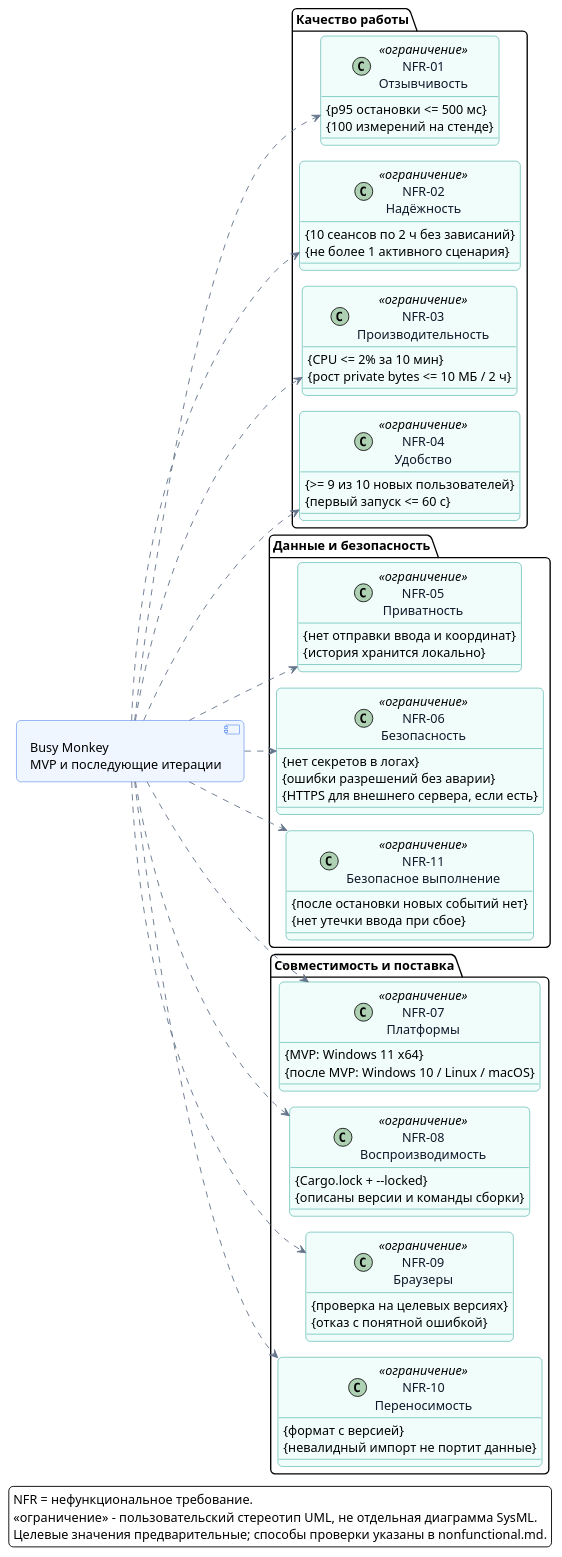
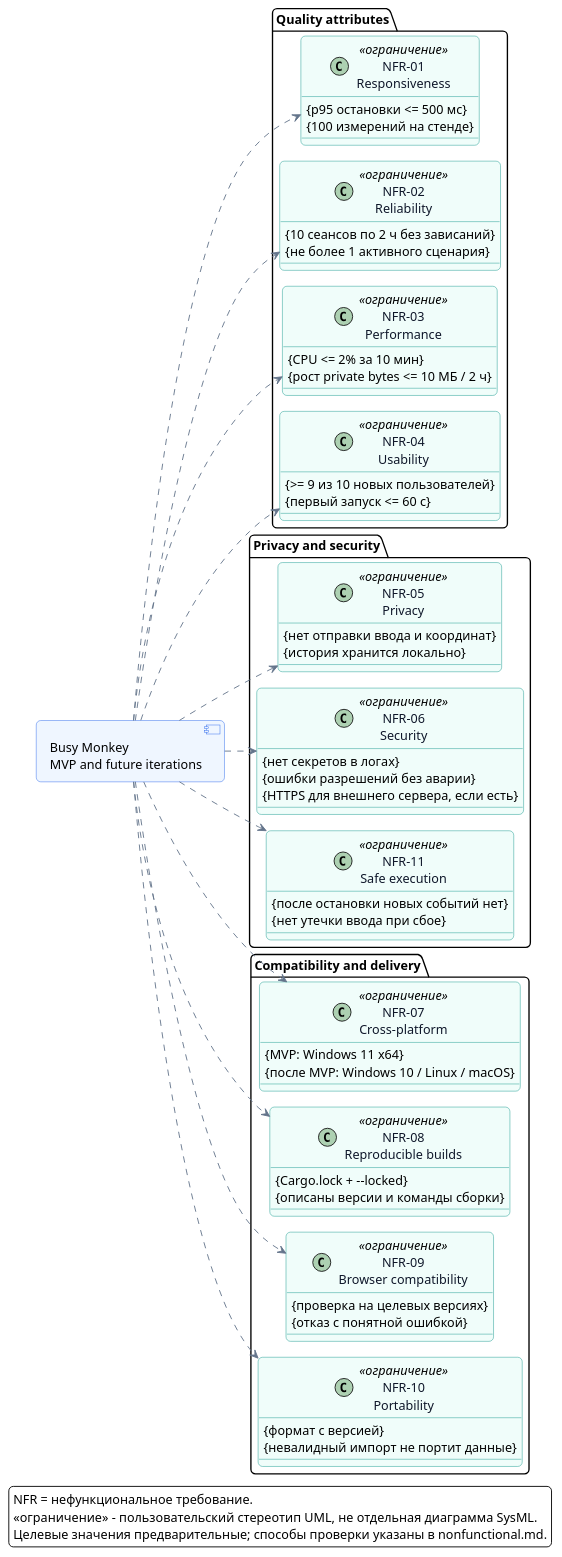
One commit to sovesti/busymonkey changed the diagram in diagrams/raw diagrams/nonfunctional.puml. Above: the diagram before and after it, drawn with PlantUML. The commit also changed 6 other files, not shown here.

First line of the commit message:
small changes to diagrams folder

```diff
--- a/diagrams/raw diagrams/nonfunctional.puml
+++ b/diagrams/raw diagrams/nonfunctional.puml
@@ -1,97 +1,97 @@
 @startuml nonfunctional
 allowmixing
 !pragma layout smetana
 left to right direction
 skinparam defaultFontName Arial
 skinparam defaultFontSize 14
 skinparam backgroundColor #FFFFFF
 skinparam shadowing false
 skinparam roundcorner 10
 skinparam ArrowColor #64748B
 skinparam classAttributeIconSize 0
 skinparam nodesep 30
 skinparam ranksep 40
 skinparam class {
   BackgroundColor #F0FDFA
   BorderColor #0D9488
   FontColor #0F172A
 }
 skinparam component {
   BackgroundColor #EFF6FF
   BorderColor #2563EB
 }
 
-component "Busy Monkey\nMVP и последующие итерации" as Product
+component "Busy Monkey\nMVP and future iterations" as Product
 
-package "Качество работы" {
-  class "NFR-01\nОтзывчивость" as N01 <<ограничение>> {
+package "Quality attributes" {
+  class "NFR-01\nResponsiveness" as N01 <<ограничение>> {
     {p95 остановки <= 500 мс}
     {100 измерений на стенде}
   }
-  class "NFR-02\nНадёжность" as N02 <<ограничение>> {
+  class "NFR-02\nReliability" as N02 <<ограничение>> {
     {10 сеансов по 2 ч без зависаний}
     {не более 1 активного сценария}
   }
-  class "NFR-03\nПроизводительность" as N03 <<ограничение>> {
+  class "NFR-03\nPerformance" as N03 <<ограничение>> {
     {CPU <= 2% за 10 мин}
     {рост private bytes <= 10 МБ / 2 ч}
   }
-  class "NFR-04\nУдобство" as N04 <<ограничение>> {
+  class "NFR-04\nUsability" as N04 <<ограничение>> {
     {>= 9 из 10 новых пользователей}
     {первый запуск <= 60 с}
   }
 }
 
-package "Данные и безопасность" {
-  class "NFR-05\nПриватность" as N05 <<ограничение>> {
+package "Privacy and security" {
+  class "NFR-05\nPrivacy" as N05 <<ограничение>> {
     {нет отправки ввода и координат}
     {история хранится локально}
   }
-  class "NFR-06\nБезопасность" as N06 <<ограничение>> {
+  class "NFR-06\nSecurity" as N06 <<ограничение>> {
     {нет секретов в логах}
     {ошибки разрешений без аварии}
     {HTTPS для внешнего сервера, если есть}
   }
-  class "NFR-11\nБезопасное выполнение" as N11 <<ограничение>> {
+  class "NFR-11\nSafe execution" as N11 <<ограничение>> {
     {после остановки новых событий нет}
     {нет утечки ввода при сбое}
   }
 }
 
-package "Совместимость и поставка" {
-  class "NFR-07\nПлатформы" as N07 <<ограничение>> {
+package "Compatibility and delivery" {
+  class "NFR-07\nCross-platform" as N07 <<ограничение>> {
     {MVP: Windows 11 x64}
     {после MVP: Windows 10 / Linux / macOS}
   }
-  class "NFR-08\nВоспроизводимость" as N08 <<ограничение>> {
+  class "NFR-08\nReproducible builds" as N08 <<ограничение>> {
     {Cargo.lock + --locked}
     {описаны версии и команды сборки}
   }
-  class "NFR-09\nБраузеры" as N09 <<ограничение>> {
+  class "NFR-09\nBrowser compatibility" as N09 <<ограничение>> {
     {проверка на целевых версиях}
     {отказ с понятной ошибкой}
   }
-  class "NFR-10\nПереносимость" as N10 <<ограничение>> {
+  class "NFR-10\nPortability" as N10 <<ограничение>> {
     {формат с версией}
     {невалидный импорт не портит данные}
   }
 }
 
 Product ..> N01
 Product ..> N02
 Product ..> N03
 Product ..> N04
 Product ..> N05
 Product ..> N06
 Product ..> N07
 Product ..> N08
 Product ..> N09
 Product ..> N10
 Product ..> N11
 
 legend bottom
   NFR = нефункциональное требование.
   <<ограничение>> - пользовательский стереотип UML, не отдельная диаграмма SysML.
   Целевые значения предварительные; способы проверки указаны в nonfunctional.md.
 endlegend
 @enduml
```
